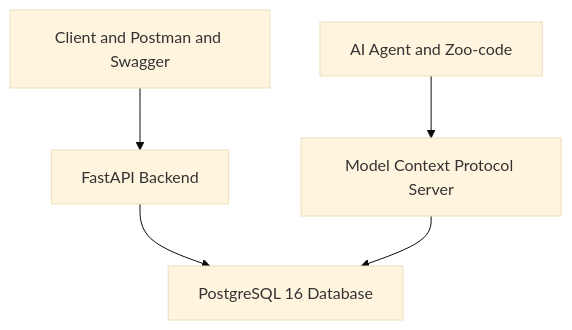
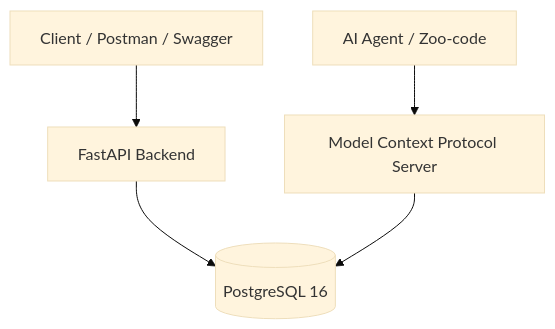
The diagram in README.md (stasmeh/soui-qa-automation-hub), drawn with Mermaid (base theme) before and after one commit. The commit also changed other lines of this file, not shown here.

````diff
--- a/README.md
+++ b/README.md
@@ -29,7 +19,7 @@
 ```mermaid
 graph TD
-    Client[Client and Postman and Swagger] --> API[FastAPI Backend]
-    API --> DB[PostgreSQL 16 Database]
-    Agent[AI Agent and Zoo-code] --> MCP[Model Context Protocol Server]
+    Client[Client / Postman / Swagger] --> API[FastAPI Backend]
+    API --> DB[(PostgreSQL 16)]
+    Agent[AI Agent / Zoo-code] --> MCP[Model Context Protocol Server]
     MCP --> DB
 ```
````
